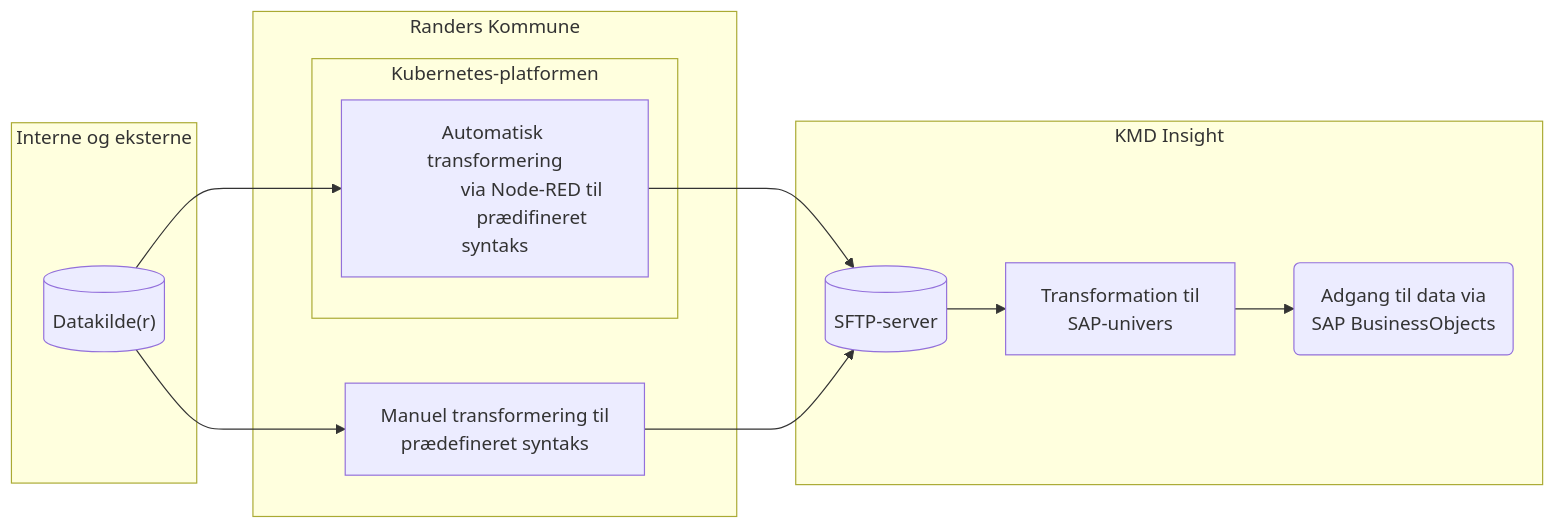
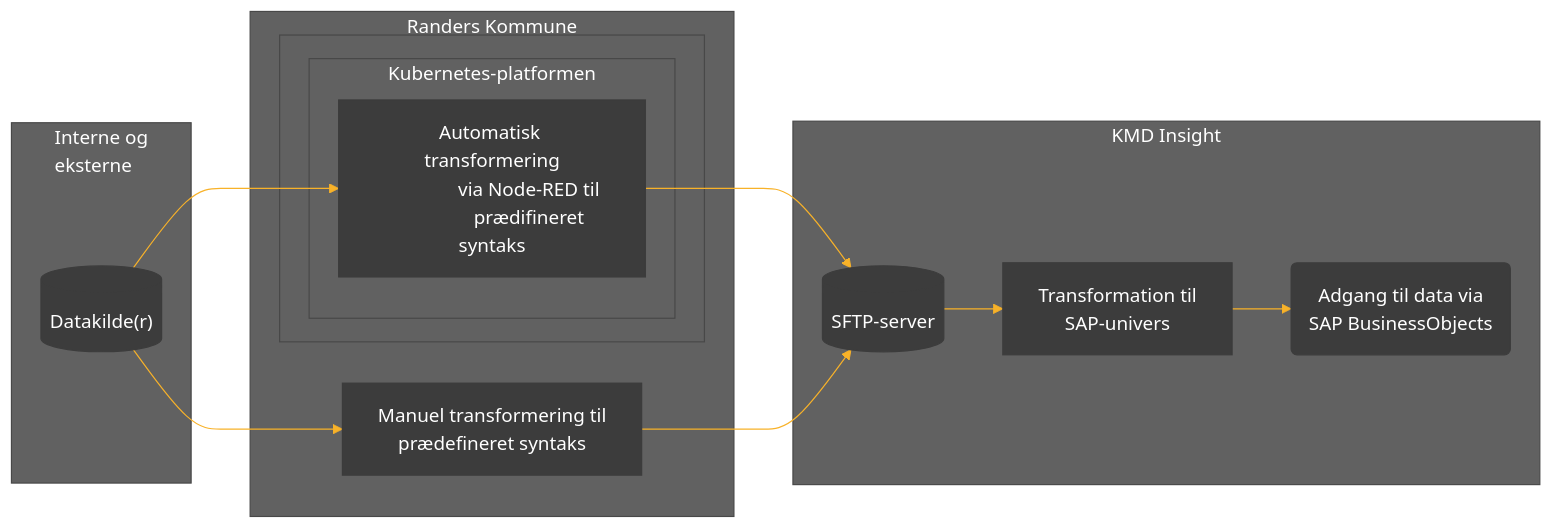
The first of 2 diagrams in README.md (Randers-Kommune-Digitalisering/custom-data-connector), drawn with Mermaid before and after one commit.

Commit message:
justering readme

````diff
--- a/README.md
+++ b/README.md
@@ -18,43 +18,59 @@
 ```mermaid
+
+%%{
+  init: {
+    'theme': 'base',
+    'themeVariables': {
+      'primaryColor': '#3c3c3c',
+      'primaryTextColor': '#fff',
+      'primaryBorderColor': '#3c3c3c',
+      'lineColor': '#F8B229',
+      'secondaryColor': '#616161',
+      'tertiaryColor': '#616161',
+      'tertiaryTextColor': '#fff'
+    }
+  }
+}%%
+
 %% Upload af data %%
 flowchart LR
-    subgraph "Interne og eksterne"
+    subgraph SG1["Interne og\n eksterne"]
         A[("Datakilde(r)")] 
     end
-    subgraph "Randers Kommune" 
-        subgraph subgraph_padding_1 [ ]
-        style subgraph_padding_1 stroke-dasharray: 0 1  
-            subgraph "Kubernetes-platformen"
+    subgraph SG2["Randers Kommune"]
+        subgraph SG20 [ ]
+
+            subgraph SG21["Kubernetes-platformen"]
             
                 B1["
                 Automatisk transformering
                 via Node-RED til 
                 prædifineret syntaks
                 "]
             end
         end
         B2["
             Manuel transformering til 
             prædefineret syntaks
         "]
     end
-    subgraph "KMD Insight" 
+    subgraph SG3["KMD Insight" ]
         C[("SFTP-server")]
         D["
             Transformation til 
             SAP-univers
         "]
         E("
             Adgang til data via
             SAP BusinessObjects
         ")
     end
     A-->B1
     A-->B2
     B1-->C
     B2-->C
     C-->D
     D-->E
 
 
 ```
````
